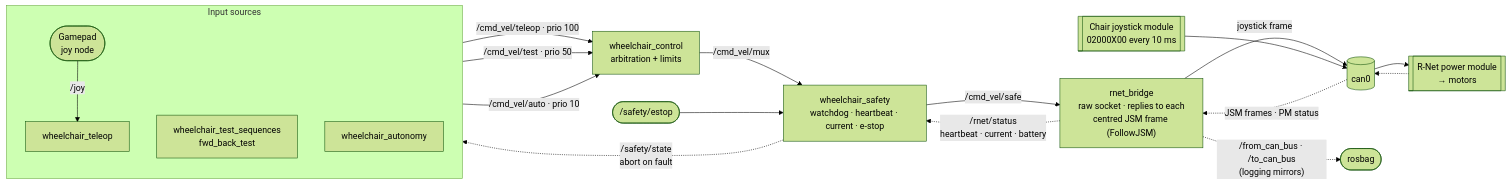
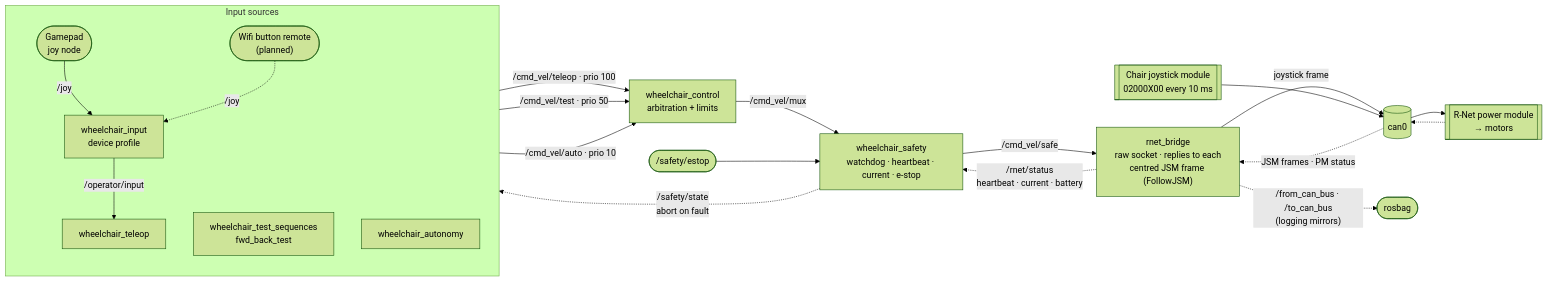
Before and after one commit to Build-with-Ben/AutonomousPowerWheelChair: the diagram in docs/data-flow.md, drawn with Mermaid (forest theme). The commit also changed other lines of this file and 6 other files, not shown here.

First line of the commit message:
Wire the operator input chain into bringup and the docs

````diff
--- a/docs/data-flow.md
+++ b/docs/data-flow.md
@@ -10,27 +17,29 @@
 ```mermaid
 flowchart LR
   subgraph IN["Input sources"]
     direction TB
-    JOY(["Gamepad<br/>joy node"]) -->|/joy| TELEOP["wheelchair_teleop"]
+    JOY(["Gamepad<br/>joy node"]) -->|/joy| INPUT["wheelchair_input<br/>device profile"]
+    REMOTE(["Wifi button remote<br/>(planned)"]) -.->|/joy| INPUT
+    INPUT -->|"/operator/input"| TELEOP["wheelchair_teleop"]
     TEST["wheelchair_test_sequences<br/>fwd_back_test"]
     AUTO["wheelchair_autonomy"]
   end
 
   TELEOP -->|"/cmd_vel/teleop · prio 100"| MUX
   TEST -->|"/cmd_vel/test · prio 50"| MUX
   AUTO -->|"/cmd_vel/auto · prio 10"| MUX
 
   MUX["wheelchair_control<br/>arbitration + limits"] -->|/cmd_vel/mux| SAFE
   ESTOP(["/safety/estop"]) --> SAFE
   SAFE["wheelchair_safety<br/>watchdog · heartbeat · current · e-stop"] -->|/cmd_vel/safe| BRIDGE
 
   BRIDGE["rnet_bridge<br/>raw socket · replies to each<br/>centred JSM frame (FollowJSM)"] -->|joystick frame| CAN[("can0")]
   JSM[["Chair joystick module<br/>02000X00 every 10 ms"]] --> CAN
   CAN --> PM[["R-Net power module<br/>→ motors"]]
 
   PM -.-> CAN
   CAN -.->|JSM frames · PM status| BRIDGE
   BRIDGE -.->|"/from_can_bus · /to_can_bus<br/>(logging mirrors)"| LOG(["rosbag"])
   BRIDGE -.->|"/rnet/status<br/>heartbeat · current · battery"| SAFE
   SAFE -.->|"/safety/state<br/>abort on fault"| TEST
 ```
````
